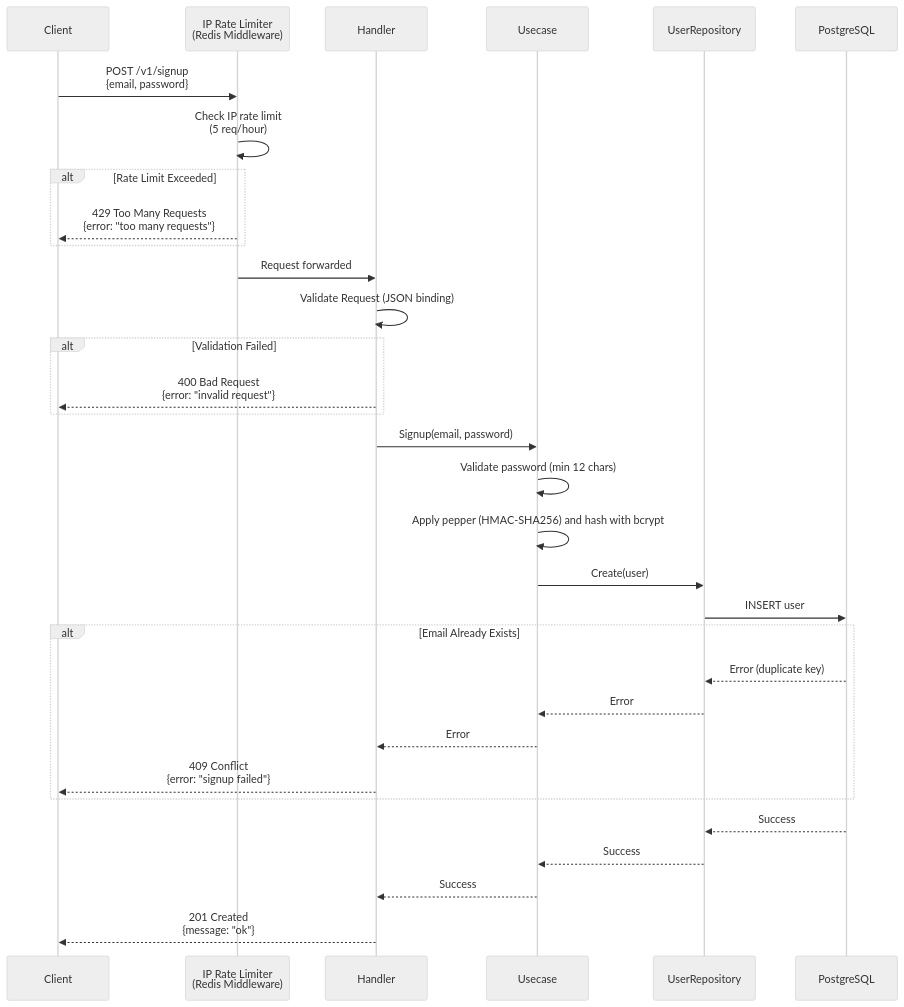
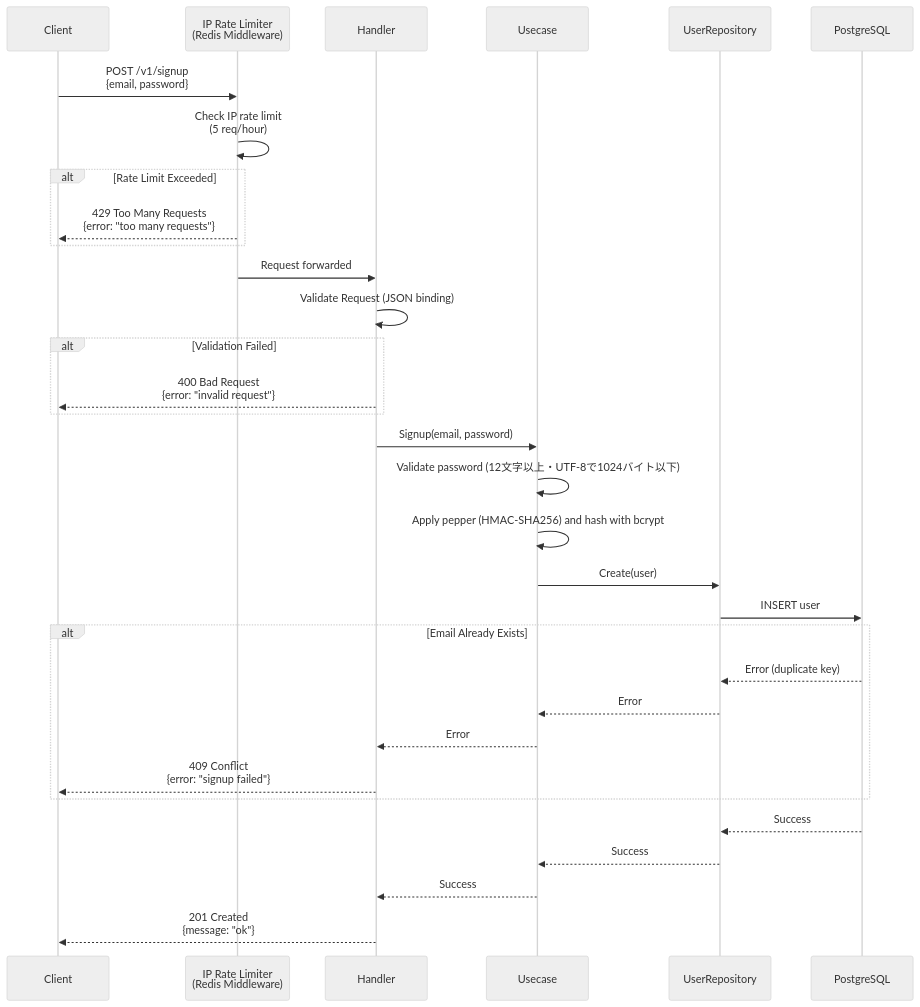
The first of 7 diagrams in docs/features/auth.md (UCHIDAnobuhiro/stock-backend), drawn with Mermaid (neutral theme) before and after one commit. The commit also changed other lines of this file and 9 other files, not shown here.

````diff
--- a/docs/features/auth.md
+++ b/docs/features/auth.md
@@ -22,41 +22,41 @@
 ```mermaid
 sequenceDiagram
     participant Client
     participant RateLimit as IP Rate Limiter<br/>(Redis Middleware)
     participant Handler as Handler
     participant Usecase as Usecase
     participant Repository as UserRepository
     participant DB as PostgreSQL
 
     Client->>RateLimit: POST /v1/signup<br/>{email, password}
     RateLimit->>RateLimit: Check IP rate limit<br/>(5 req/hour)
 
     alt Rate Limit Exceeded
         RateLimit-->>Client: 429 Too Many Requests<br/>{error: "too many requests"}
     end
 
     RateLimit->>Handler: Request forwarded
     Handler->>Handler: Validate Request (JSON binding)
 
     alt Validation Failed
         Handler-->>Client: 400 Bad Request<br/>{error: "invalid request"}
     end
 
     Handler->>Usecase: Signup(email, password)
-    Usecase->>Usecase: Validate password (min 12 chars)
+    Usecase->>Usecase: Validate password (12文字以上・UTF-8で1024バイト以下)
     Usecase->>Usecase: Apply pepper (HMAC-SHA256) and hash with bcrypt
     Usecase->>Repository: Create(user)
     Repository->>DB: INSERT user
 
     alt Email Already Exists
         DB-->>Repository: Error (duplicate key)
         Repository-->>Usecase: Error
         Usecase-->>Handler: Error
         Handler-->>Client: 409 Conflict<br/>{error: "signup failed"}
     end
 
     DB-->>Repository: Success
     Repository-->>Usecase: Success
     Usecase-->>Handler: Success
     Handler-->>Client: 201 Created<br/>{message: "ok"}
 ```
````
